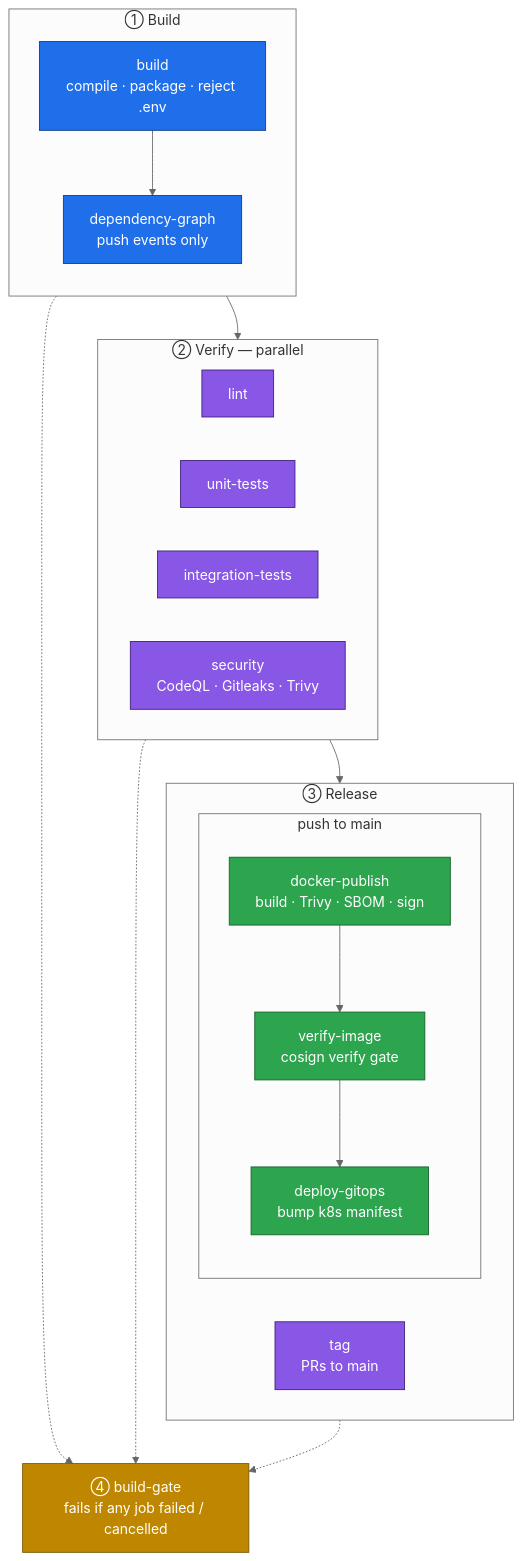
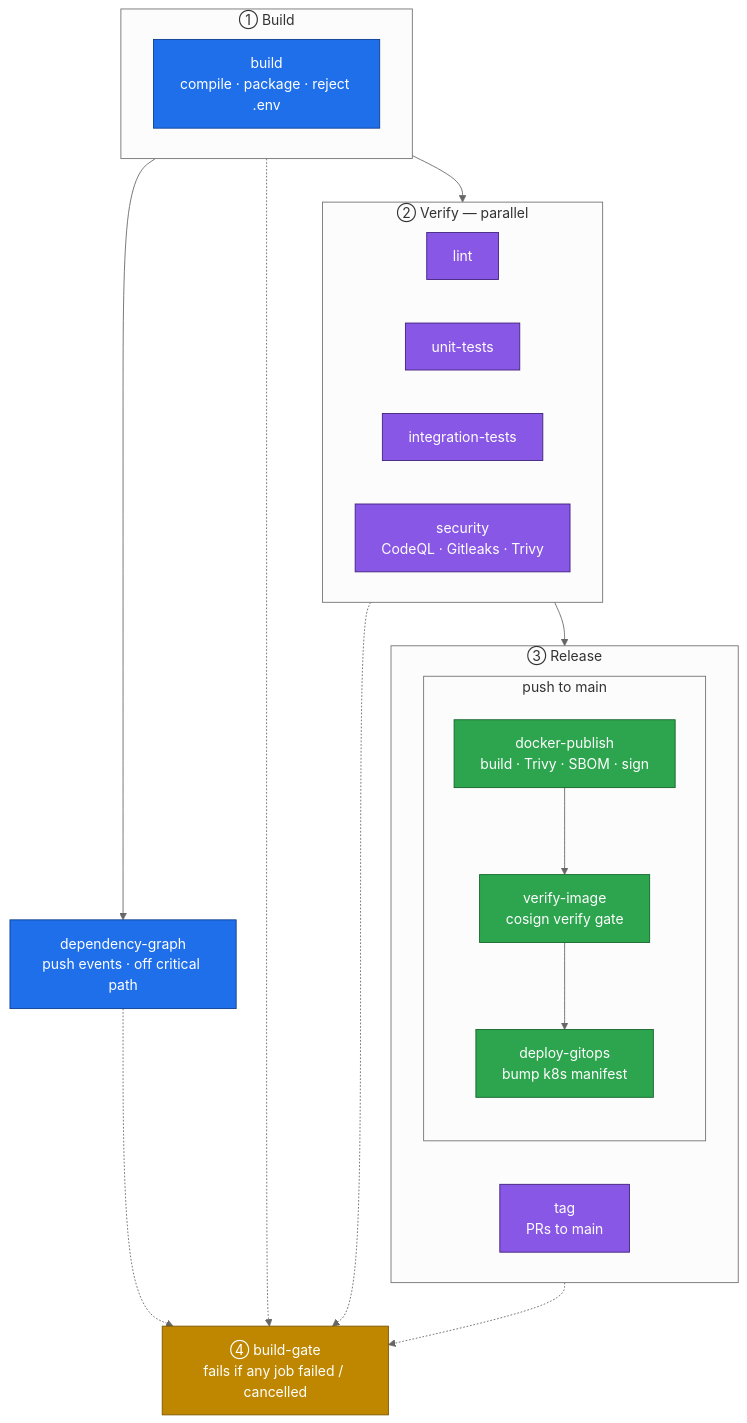
One commit to Bigorno12/ci-cd-templates changed the diagram in README.md. Above: the diagram before and after it, drawn with Mermaid (neutral theme). The commit also changed other lines of this file and 2 other files, not shown here.

````diff
--- a/README.md
+++ b/README.md
@@ -53,47 +53,48 @@
 ```mermaid
 flowchart TD
     subgraph s1["① Build"]
-        direction TB
         B["build<br/>compile · package · reject .env"]
-        DG["dependency-graph<br/>push events only"]
-        B --> DG
     end
+
+    DG["dependency-graph<br/>push events · off critical path"]
 
     subgraph s2["② Verify — parallel"]
         direction LR
         L["lint"]
         U["unit-tests"]
         I["integration-tests"]
         SEC["security<br/>CodeQL · Gitleaks · Trivy"]
     end
 
     subgraph s3["③ Release"]
         direction LR
         T["tag<br/>PRs to main"]
         subgraph s3b["push to main"]
             direction TB
             D["docker-publish<br/>build · Trivy · SBOM · sign"]
             V["verify-image<br/>cosign verify gate"]
             G["deploy-gitops<br/>bump k8s manifest"]
             D --> V --> G
         end
     end
 
     GATE["④ build-gate<br/>fails if any job failed / cancelled"]
 
     s1 --> s2
+    s1 --> DG
     s2 --> s3
     s1 -.-> GATE
+    DG -.-> GATE
     s2 -.-> GATE
     s3 -.-> GATE
 
     classDef build  fill:#1f6feb,stroke:#0b3a8f,color:#fff;
     classDef verify fill:#8957e5,stroke:#3d1f7a,color:#fff;
     classDef supply fill:#2da44e,stroke:#116329,color:#fff;
     classDef gate   fill:#bf8700,stroke:#7a5600,color:#fff;
 
     class B,DG build;
     class L,U,I,SEC,T verify;
     class D,V,G supply;
     class GATE gate;
 ```
````
